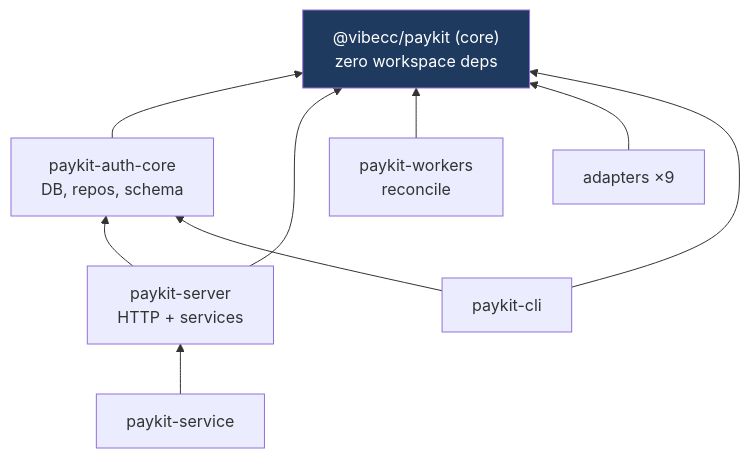
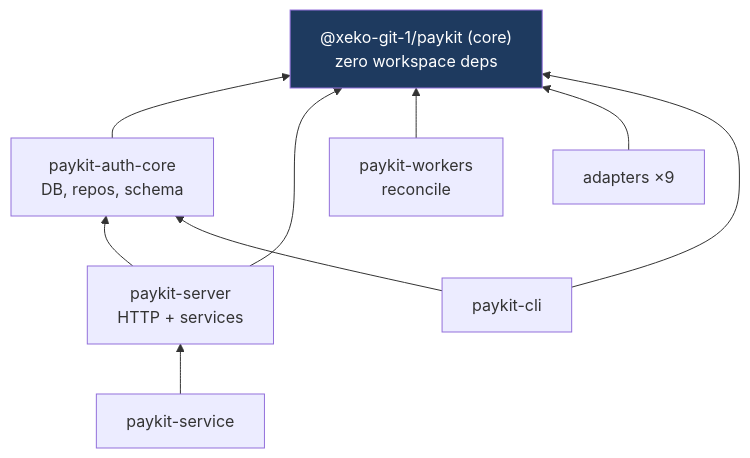
The sixth of 6 diagrams in docs/internal/payment-hardening-outcome.md (xeko-git-1/paykit), drawn with Mermaid before and after one commit. The commit also changed 272 other files, not shown here.

````diff
--- a/docs/internal/payment-hardening-outcome.md
+++ b/docs/internal/payment-hardening-outcome.md
@@ -211,21 +211,21 @@
 ```mermaid
 flowchart BT
-    core["@vibecc/paykit (core)<br/>zero workspace deps"]
+    core["@xeko-git-1/paykit (core)<br/>zero workspace deps"]
     authcore["paykit-auth-core<br/>DB, repos, schema"]
     server["paykit-server<br/>HTTP + services"]
     workers["paykit-workers<br/>reconcile"]
     adapters["adapters ×9"]
     cli["paykit-cli"]
     service["paykit-service"]
 
     authcore --> core
     server --> core
     server --> authcore
     workers --> core
     adapters --> core
     cli --> core
     cli --> authcore
     service --> server
 
     style core fill:#1e3a5f,color:#fff
 ```
````
